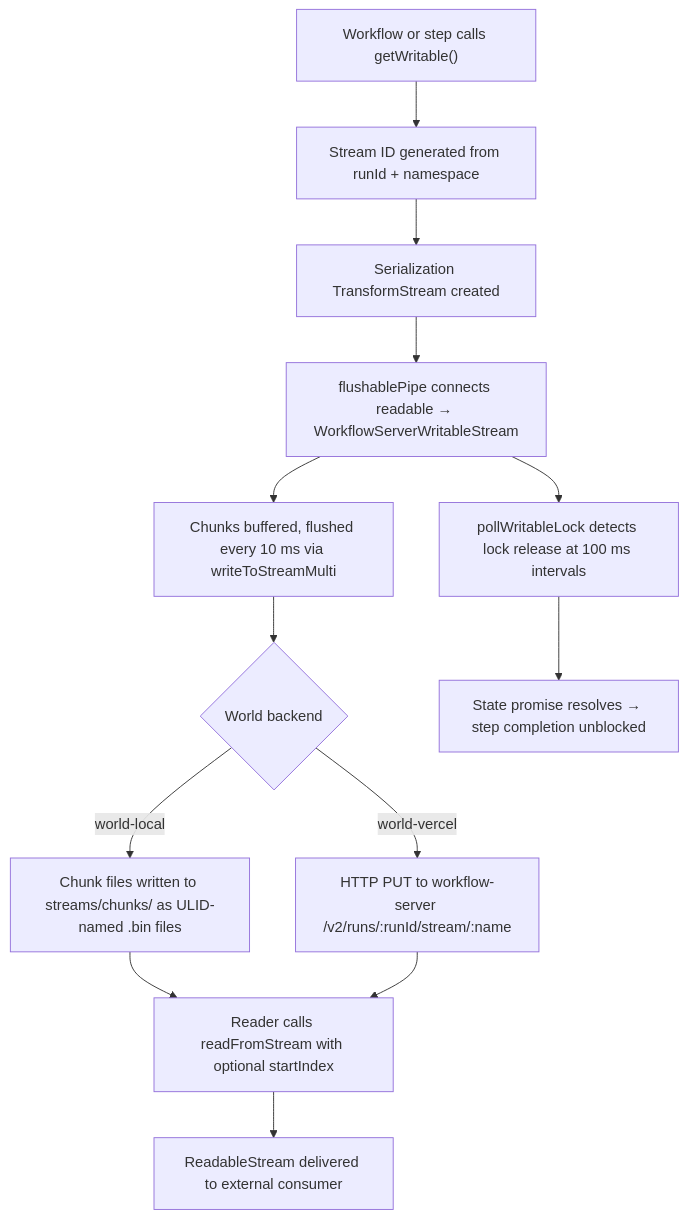
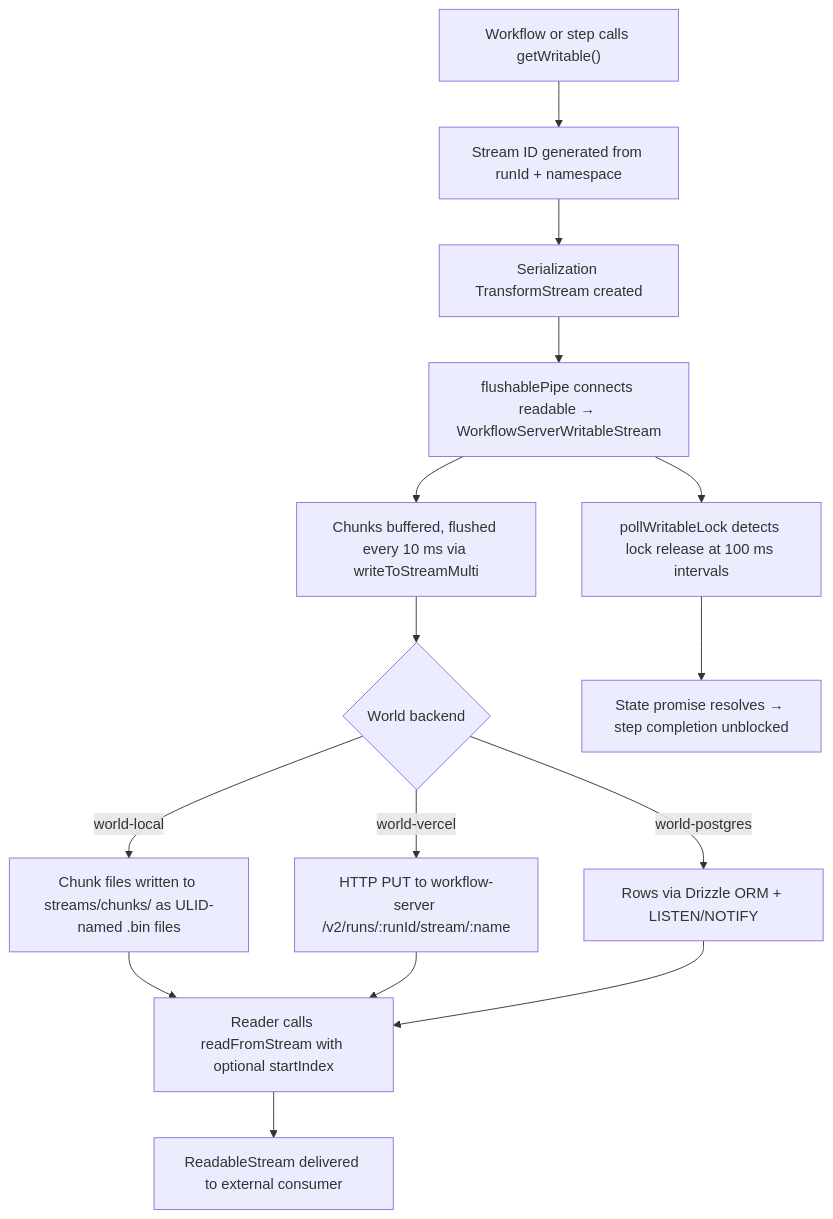
The diagram in docs/content/deep-dives/durable-streaming-reference.mdx (yikZero/workflow), drawn with Mermaid before and after one commit. The commit also changed other lines of this file and 2 other files, not shown here.

````diff
--- a/docs/content/deep-dives/durable-streaming-reference.mdx
+++ b/docs/content/deep-dives/durable-streaming-reference.mdx
@@ -49,15 +49,17 @@
 ```mermaid
 flowchart TD
     A["Workflow or step calls getWritable()"] --> B["Stream ID generated from runId + namespace"]
     B --> C["Serialization TransformStream created"]
     C --> D["flushablePipe connects readable → WorkflowServerWritableStream"]
     D --> E["Chunks buffered, flushed every 10 ms via writeToStreamMulti"]
     E --> F{"World backend"}
     F -->|"world-local"| G["Chunk files written to streams/chunks/ as ULID-named .bin files"]
     F -->|"world-vercel"| H["HTTP PUT to workflow-server /v2/runs/:runId/stream/:name"]
+    F -->|"world-postgres"| P["Rows via Drizzle ORM + LISTEN/NOTIFY"]
     G --> I["Reader calls readFromStream with optional startIndex"]
     H --> I
+    P --> I
     I --> J["ReadableStream delivered to external consumer"]
     D --> K["pollWritableLock detects lock release at 100 ms intervals"]
     K --> L["State promise resolves → step completion unblocked"]
 ```
````
